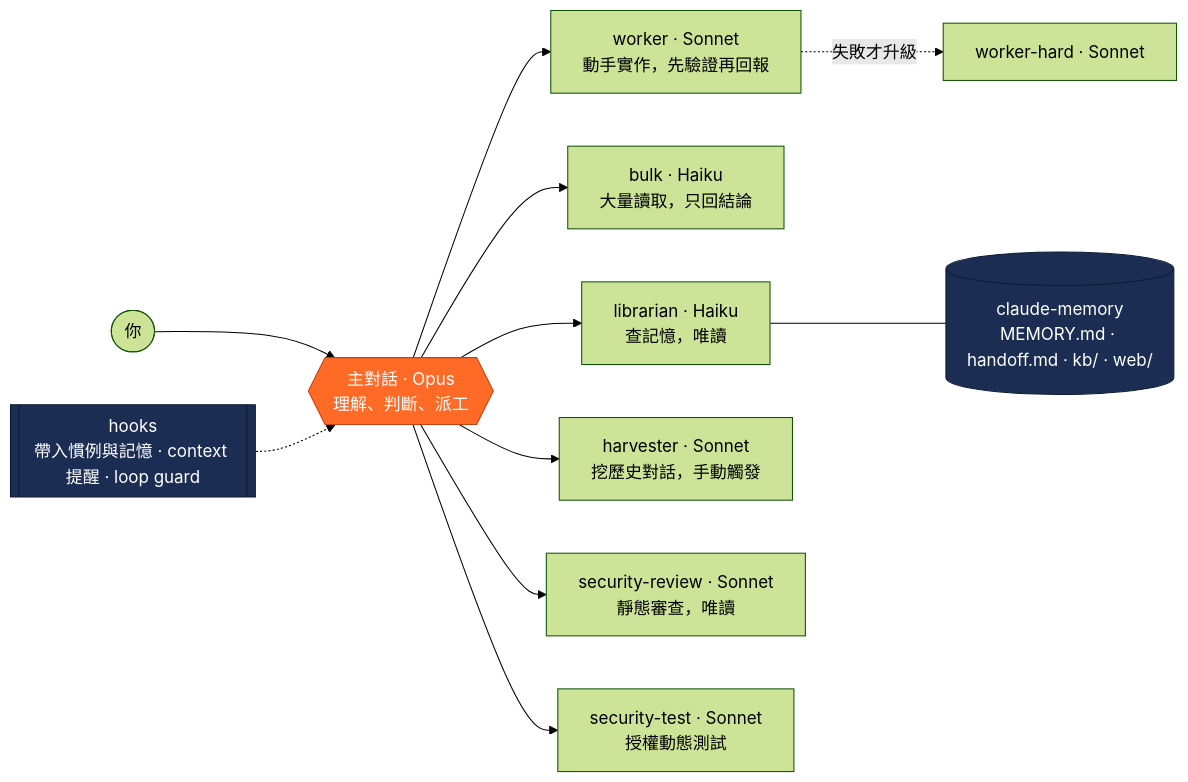
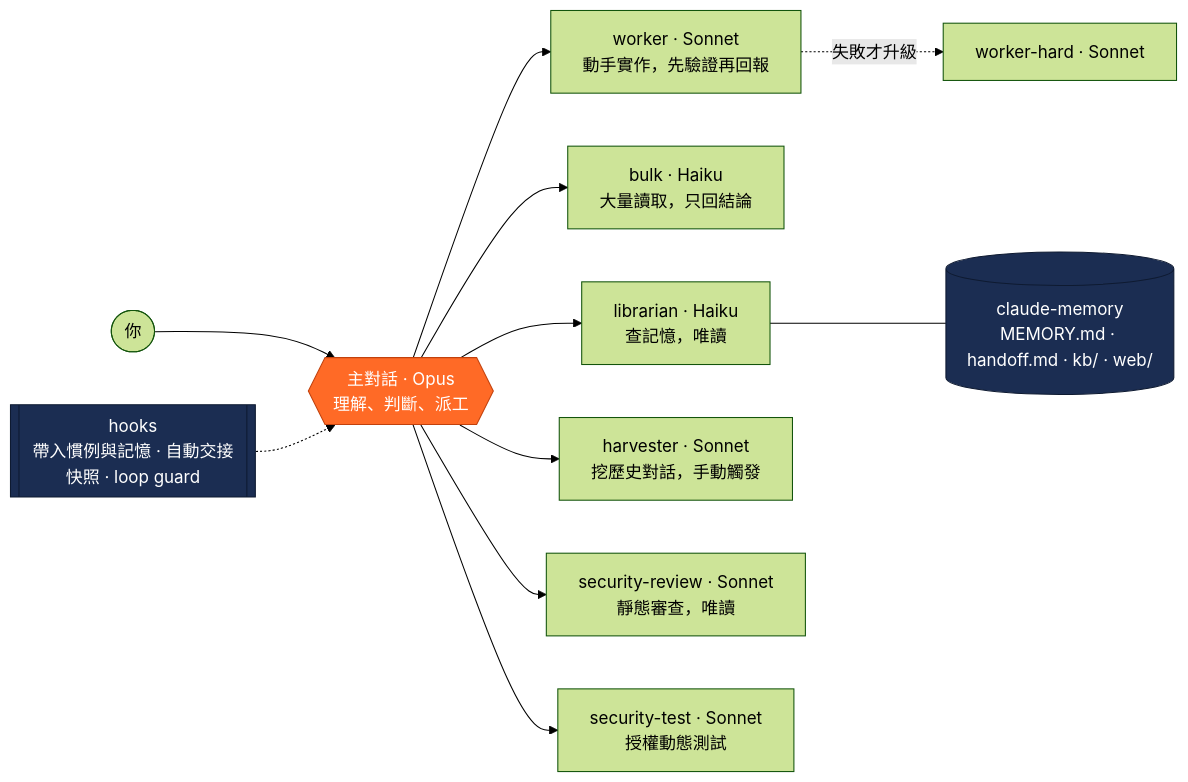
The diagram in README.md (Novie131/Chutora), drawn with Mermaid (forest theme) before and after one commit. The commit also changed other lines of this file and 14 other files, not shown here.

````diff
--- a/README.md
+++ b/README.md
@@ -208,17 +219,17 @@
 ```mermaid
 flowchart LR
   U([你]) --> O{{"主對話 · Opus<br/>理解、判斷、派工"}}
   O --> W["worker · Sonnet<br/>動手實作，先驗證再回報"]
   W -. 失敗才升級 .-> WH["worker-hard · Sonnet"]
   O --> B["bulk · Haiku<br/>大量讀取，只回結論"]
   O --> L["librarian · Haiku<br/>查記憶，唯讀"]
   O --> HV["harvester · Sonnet<br/>挖歷史對話，手動觸發"]
   O --> SR["security-review · Sonnet<br/>靜態審查，唯讀"]
   O --> ST["security-test · Sonnet<br/>授權動態測試"]
   L --- M[("claude-memory<br/>MEMORY.md · handoff.md · kb/ · web/")]
-  HK[["hooks<br/>帶入慣例與記憶 · context 提醒 · loop guard"]] -.-> O
+  HK[["hooks<br/>帶入慣例與記憶 · 自動交接快照 · loop guard"]] -.-> O
   classDef lead fill:#FF6A26,stroke:#C2410C,color:#fff
   classDef mem fill:#1B2D52,stroke:#0E1A31,color:#fff
   class O lead
   class M,HK mem
 ```
````
